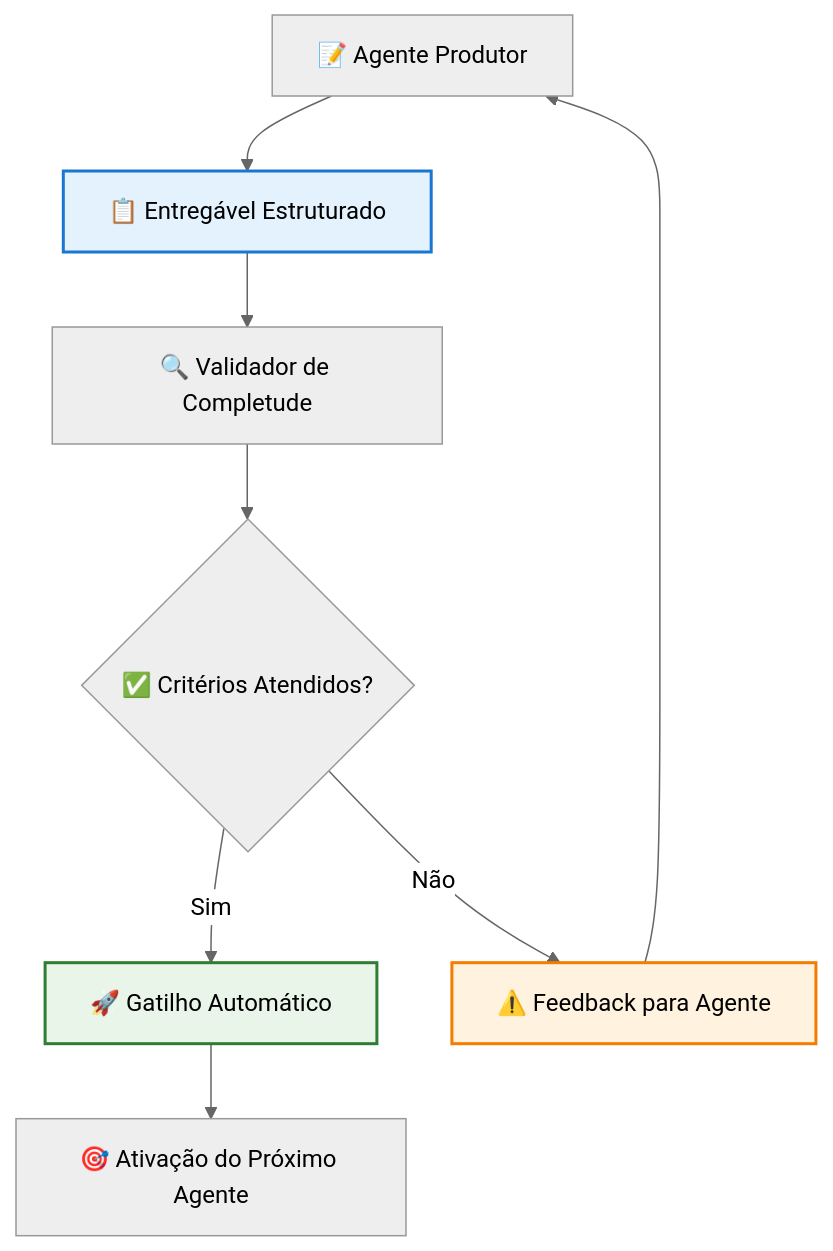
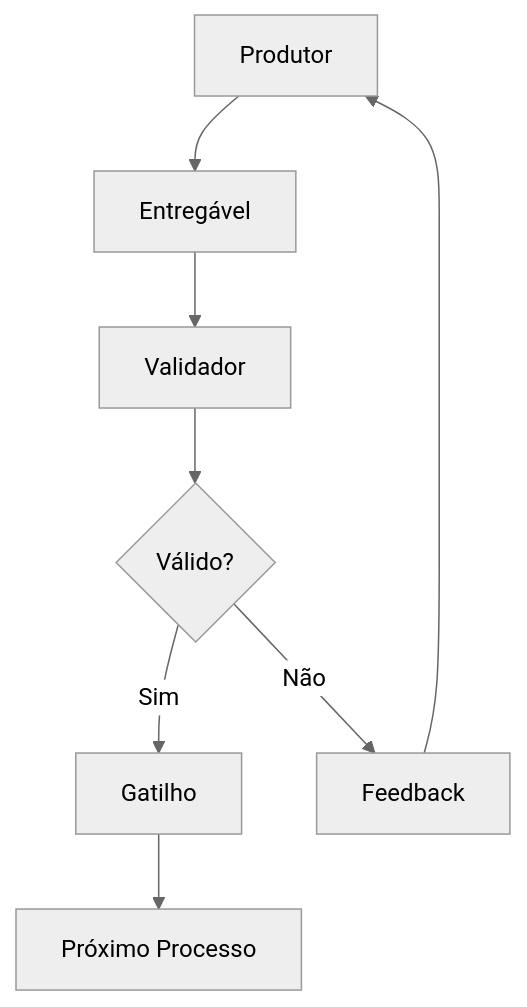
Before and after one commit to brunosrosa/codex-prime-framework: the diagram in .codex-prime/01_TEMPLATES/03_Tecnologia_Engineering/pt-br/05_PROCESSOS_E_FLUXOS_DE_TRABALHO/02_SISTEMA_ENTREGAVEIS_GATILHOS.md, drawn with Mermaid (neutral theme). The commit also changed other lines of this file and 70 other files, not shown here.

````diff
--- a/.codex-prime/01_TEMPLATES/03_Tecnologia_Engineering/pt-br/05_PROCESSOS_E_FLUXOS_DE_TRABALHO/02_SISTEMA_ENTREGAVEIS_GATILHOS.md
+++ b/.codex-prime/01_TEMPLATES/03_Tecnologia_Engineering/pt-br/05_PROCESSOS_E_FLUXOS_DE_TRABALHO/02_SISTEMA_ENTREGAVEIS_GATILHOS.md
@@ -30,14 +59,10 @@
 ```mermaid
 graph TD
-    A["📝 Agente Produtor"] --> B["📋 Entregável Estruturado"]
-    B --> C["🔍 Validador de Completude"]
-    C --> D{"✅ Critérios Atendidos?"}
-    D -->|Sim| E["🚀 Gatilho Automático"]
-    D -->|Não| F["⚠️ Feedback para Agente"]
-    E --> G["🎯 Ativação do Próximo Agente"]
+    A["Produtor"] --> B["Entregável"]
+    B --> C["Validador"]
+    C --> D{"Válido?"}
+    D -->|Sim| E["Gatilho"]
+    D -->|Não| F["Feedback"]
+    E --> G["Próximo Processo"]
     F --> A
-    
-    style B fill:#e3f2fd,stroke:#1976d2,stroke-width:2px
-    style E fill:#e8f5e8,stroke:#2e7d32,stroke-width:2px
-    style F fill:#fff3e0,stroke:#f57c00,stroke-width:2px
 ```
````
